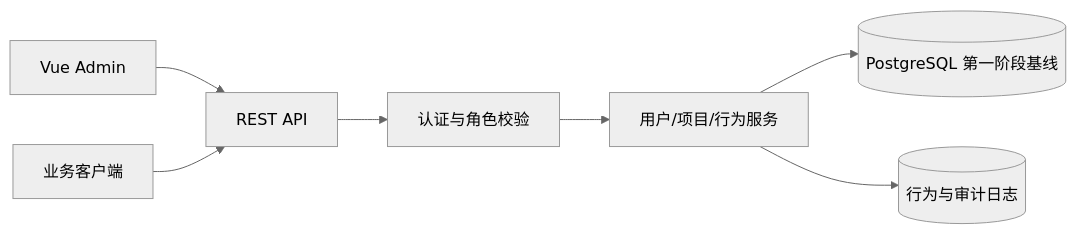
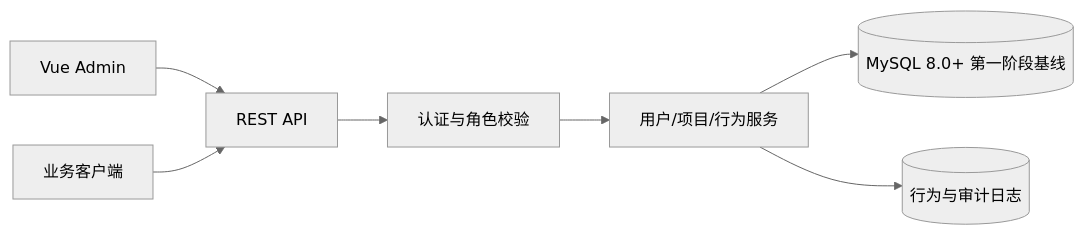
One commit to hui-livio/szx_core changed the diagram in docs/RBAC/01-系统设计文档.md. Above: the diagram before and after it, drawn with Mermaid (neutral theme). The commit also changed 6 other files, not shown here.

````diff
--- a/docs/RBAC/01-系统设计文档.md
+++ b/docs/RBAC/01-系统设计文档.md
@@ -24,9 +24,9 @@
 ```mermaid
 flowchart LR
   W[Vue Admin] --> API[REST API]
   C[业务客户端] --> API
   API --> AUTH[认证与角色校验]
   AUTH --> S[用户/项目/行为服务]
-  S --> DB[(PostgreSQL 第一阶段基线)]
+  S --> DB[(MySQL 8.0+ 第一阶段基线)]
   S --> LOG[(行为与审计日志)]
 ```
````
